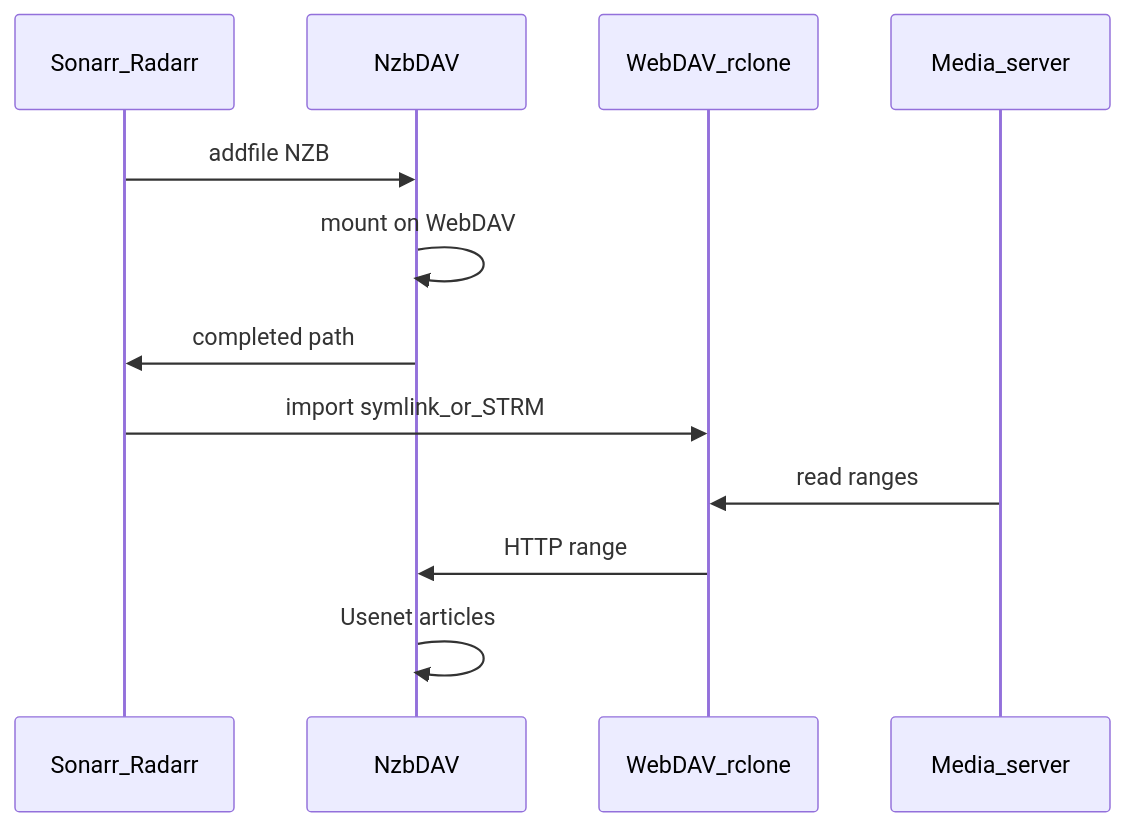
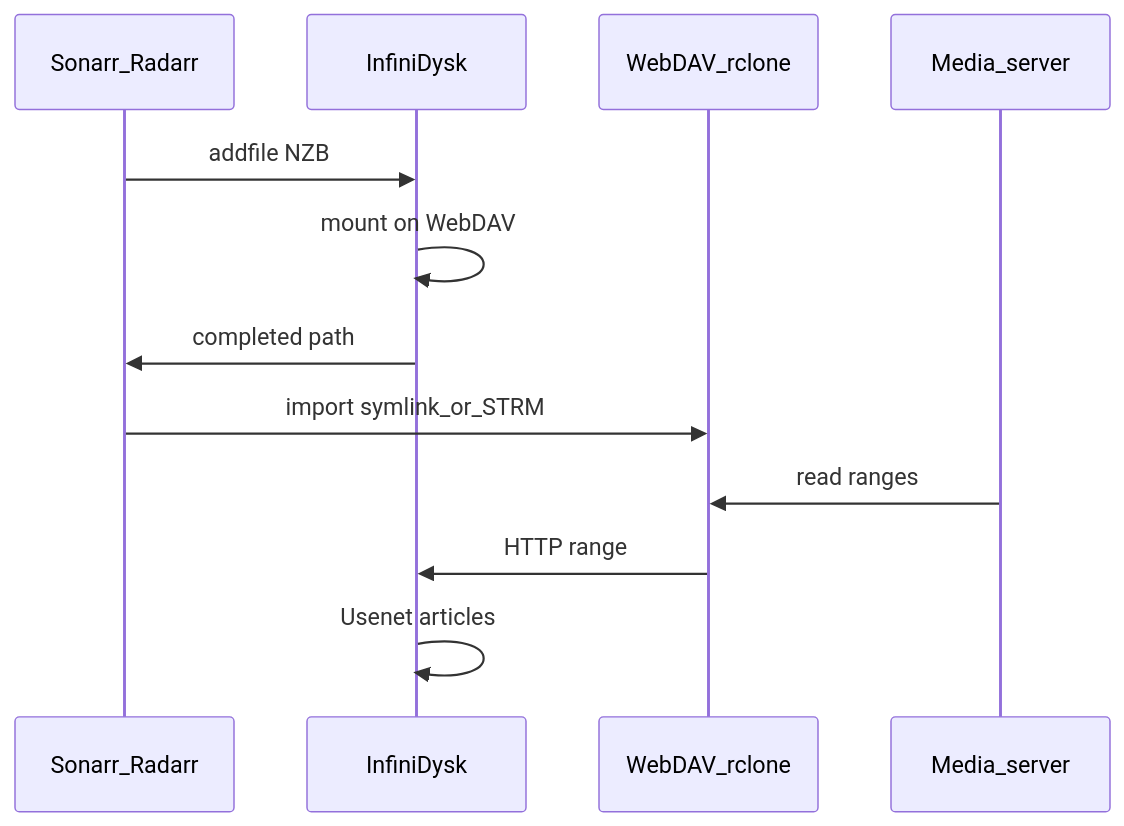
One commit to infinidysk/docs changed the diagram in docs/use-cases/infinite-library-arr.md. Above: the diagram before and after it, drawn with Mermaid. The commit also changed other lines of this file and 40 other files, not shown here.

First line of the commit message:
feat: introduce InfiniDysk pre-move branding (infinidysk/infinidysk#810)

````diff
--- a/docs/use-cases/infinite-library-arr.md
+++ b/docs/use-cases/infinite-library-arr.md
@@ -16,14 +16,14 @@
 ```mermaid
 sequenceDiagram
   participant Arr as Sonarr_Radarr
-  participant NZB as NzbDAV
+  participant NZB as InfiniDysk
   participant Mount as WebDAV_rclone
   participant Plex as Media_server
   Arr->>NZB: addfile NZB
   NZB->>NZB: mount on WebDAV
   NZB->>Arr: completed path
   Arr->>Mount: import symlink_or_STRM
   Plex->>Mount: read ranges
   Mount->>NZB: HTTP range
   NZB->>NZB: Usenet articles
 ```
````
